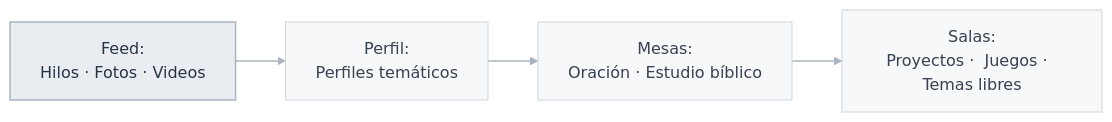
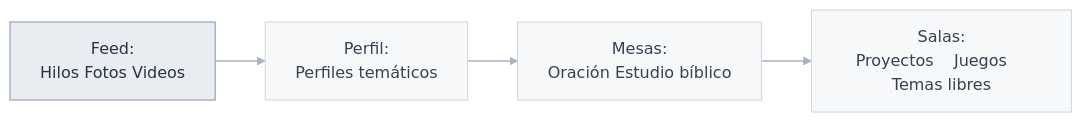
One commit to IsaacToDv/FraterChrist.org changed the first of 2 diagrams in README.md. Above: the diagram before and after it, drawn with Mermaid (base theme).

Commit message:
Fix formatting in README flowchart

```diff
--- a/README.md
+++ b/README.md
@@ -35,15 +35,15 @@
 ~~~mermaid
 flowchart LR
-    Feed["Feed:<br/>Hilos ·  Fotos ·  Videos"]
+    Feed["Feed:<br/>  Hilos    Fotos     Videos"]
     Profile["Perfil:<br/>Perfiles temáticos"]
-    Tables["Mesas:<br/>Oración · Estudio bíblico"]
-    Rooms["Salas:<br/>Proyectos ·  Juegos ·  Temas libres"]
+    Tables["Mesas:<br/>Oración   Estudio bíblico"]
+    Rooms["Salas:<br/>Proyectos    Juegos    Temas libres"]
 
     Feed --> Profile --> Tables --> Rooms
 
     classDef first fill:#E9EDF2,stroke:#AAB4C0,color:#273444,stroke-width:1.5px;
     classDef next fill:#F7F8FA,stroke:#D0D5DC,color:#374151,stroke-width:1px;
     class Feed first;
     class Profile,Tables,Rooms next;
     linkStyle default stroke:#AAB4C0,stroke-width:1.5px;
 ~~~
```
